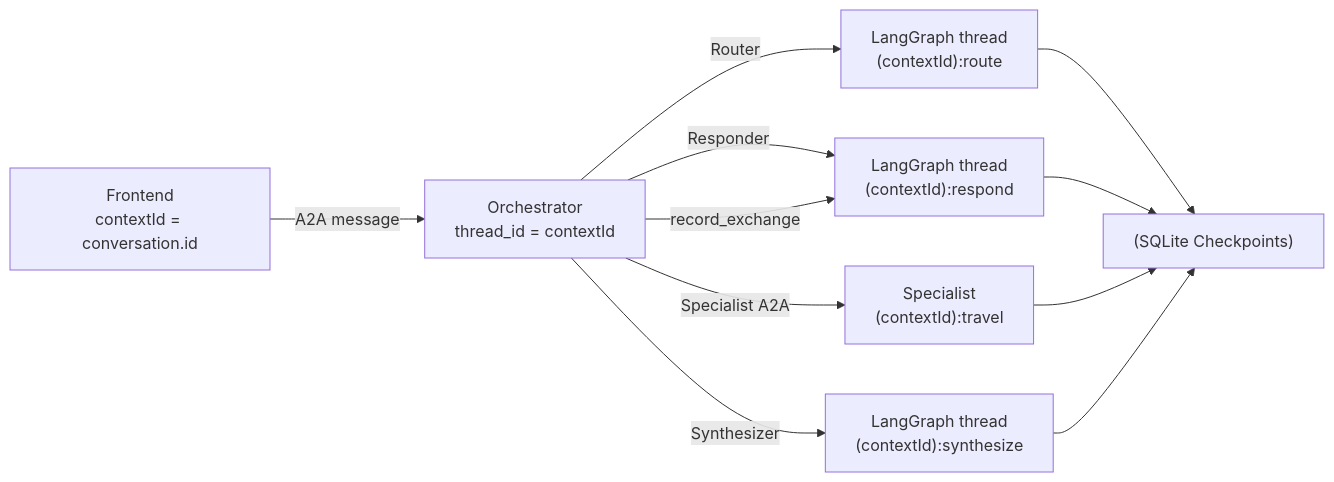
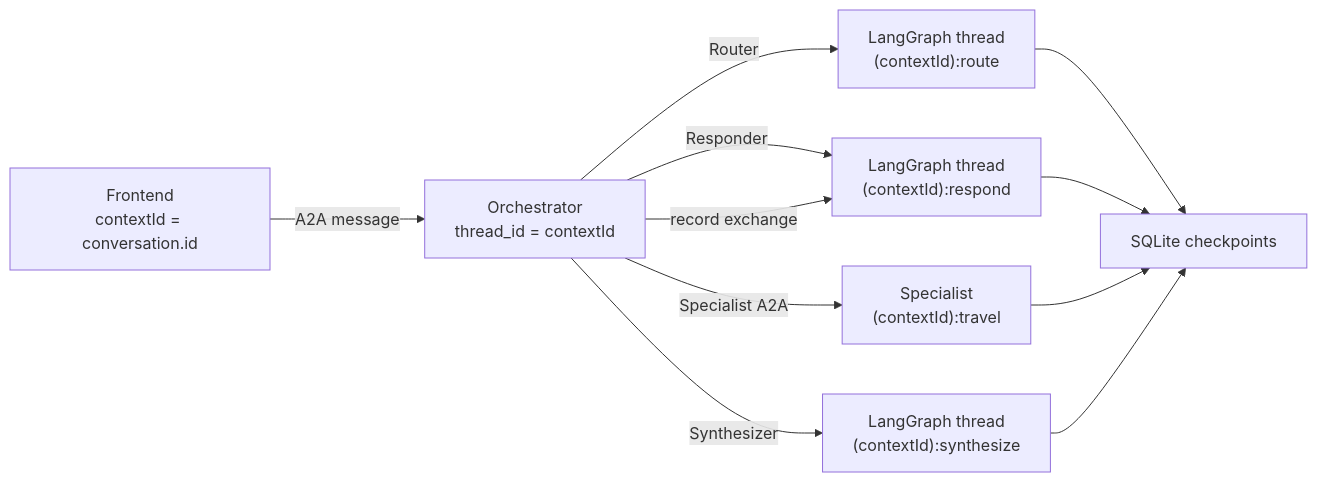
Before and after one commit to chandra447/nimbus-chat: the sixth of 7 diagrams in README.md, drawn with Mermaid. The commit also changed other lines of this file, not shown here.

Commit message:
Make README Mermaid syntax GitHub-safe

````diff
--- a/README.md
+++ b/README.md
@@ -320,14 +320,14 @@
 ```mermaid
 graph LR
-    FE["Frontend<br/>contextId = conversation.id"] -->|A2A message| ORC["Orchestrator<br/>thread_id = contextId"]
-    ORC -->|Router| RT_["LangGraph thread<br/>(contextId):route"]
-    ORC -->|Responder| RP_["LangGraph thread<br/>(contextId):respond"]
-    ORC -->|Specialist A2A| SP_["Specialist<br/>(contextId):travel"]
-    ORC -->|Synthesizer| SY_["LangGraph thread<br/>(contextId):synthesize"]
-    ORC -->|record_exchange| RP_
+    FE["Frontend<br/>contextId = conversation.id"] -->|"A2A message"| ORC["Orchestrator<br/>thread_id = contextId"]
+    ORC -->|"Router"| RT_["LangGraph thread<br/>(contextId):route"]
+    ORC -->|"Responder"| RP_["LangGraph thread<br/>(contextId):respond"]
+    ORC -->|"Specialist A2A"| SP_["Specialist<br/>(contextId):travel"]
+    ORC -->|"Synthesizer"| SY_["LangGraph thread<br/>(contextId):synthesize"]
+    ORC -->|"record exchange"| RP_
 
-    RT_ --> CP_["(SQLite Checkpoints)"]
+    RT_ --> CP_["SQLite checkpoints"]
     RP_ --> CP_
     SP_ --> CP_
     SY_ --> CP_
 ```
````
